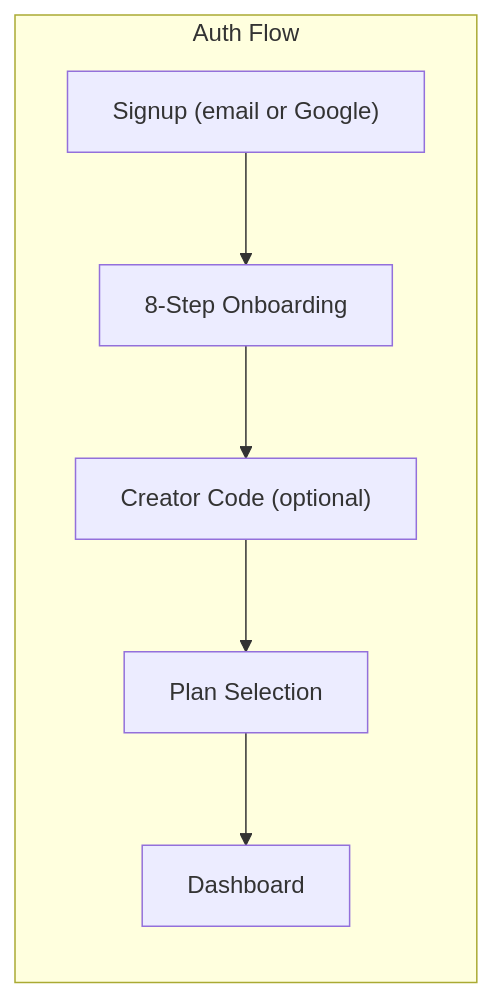
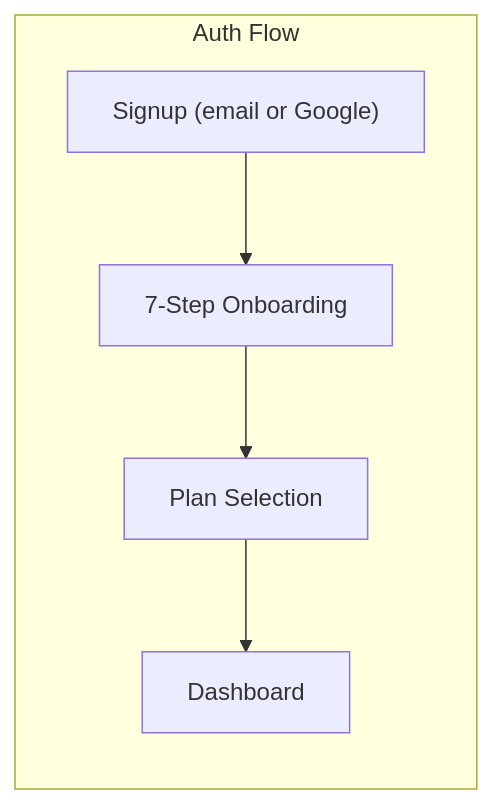
Before and after one commit to harshitcodes1308/savioursai2027: the second of 5 diagrams in README.md, drawn with Mermaid. The commit also changed other lines of this file, not shown here.

Commit message:
docs: update README for 7-step onboarding, Clarify Knowledge partner launch, and 149/month pricing

````diff
--- a/README.md
+++ b/README.md
@@ -227,15 +227,13 @@
 ```mermaid
 graph LR
     subgraph "Auth Flow"
         Signup["Signup (email or Google)"]
-        Onboard["8-Step Onboarding"]
-        CreatorCode["Creator Code (optional)"]
+        Onboard["7-Step Onboarding"]
         Pricing["Plan Selection"]
         Dashboard["Dashboard"]
     end
 
     Signup --> Onboard
-    Onboard --> CreatorCode
-    CreatorCode --> Pricing
+    Onboard --> Pricing
     Pricing --> Dashboard
 ```
````
